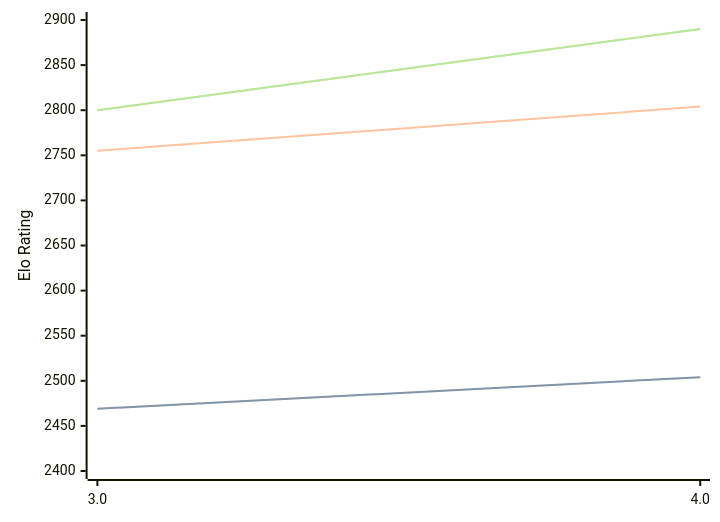
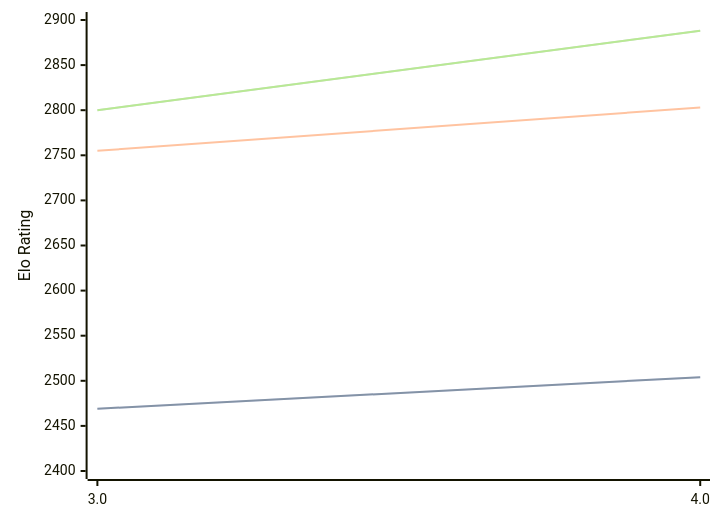
The diagram in engines/Chess3.md (computer-chess-index/cci), drawn with Mermaid before and after one commit. The commit also changed other lines of this file, not shown here.

Commit message:
Update CCI Ratings (ELO VLTC) - 2026-09-03

````diff
--- a/engines/Chess3.md
+++ b/engines/Chess3.md
@@ -32,11 +32,11 @@
 ```mermaid
 %%{init: {"theme":"base","themeVariables":{"seriesColors:['#a3a3a3','#222221','#faa371']}}}%%
 xychart-beta
   x-axis ["3.0", "4.0"]
   y-axis "Elo Rating" 2400 --> 2900
   line "" [2469, 2504]
   line "STC (8.0+0.08s)" [2469, 2504]
-  line "LTC (60.0+0.60s)" [2755, 2804]
-  line "" [2800, 2890]
-  line "VLTC (2m24s+1.12s)" [2800, 2890]
+  line "LTC (60.0+0.60s)" [2755, 2803]
+  line "" [2800, 2888]
+  line "VLTC (2m24s+1.12s)" [2800, 2888]
 ```
````
